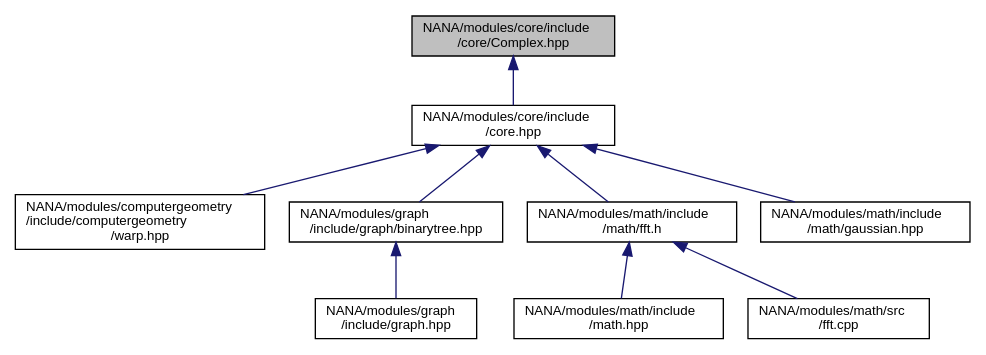
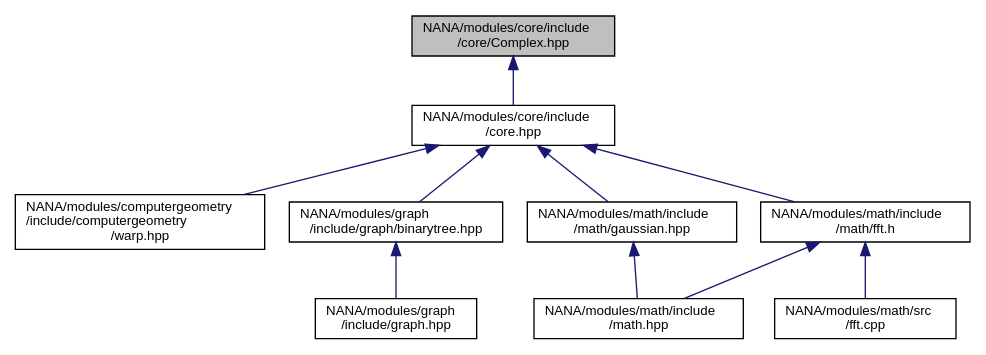
The diagram in docs/_complex_8hpp__dep__incl.dot (YuruTu/NANA), drawn with Graphviz before and after one commit. The commit also changed 80 other files, not shown here.

```diff
--- a/docs/_complex_8hpp__dep__incl.dot
+++ b/docs/_complex_8hpp__dep__incl.dot
@@ -1,23 +1,24 @@
 digraph "NANA/modules/core/include/core/Complex.hpp"
 {
  // LATEX_PDF_SIZE
   edge [fontname="Helvetica",fontsize="10",labelfontname="Helvetica",labelfontsize="10"];
   node [fontname="Helvetica",fontsize="10",shape=record];
   Node1 [label="NANA/modules/core/include\l/core/Complex.hpp",height=0.2,width=0.4,color="black", fillcolor="grey75", style="filled", fontcolor="black",tooltip="实现复数"];
   Node1 -> Node2 [dir="back",color="midnightblue",fontsize="10",style="solid",fontname="Helvetica"];
   Node2 [label="NANA/modules/core/include\l/core.hpp",height=0.2,width=0.4,color="black", fillcolor="white", style="filled",URL="$core_8hpp.html",tooltip="包含基本的数据结构等"];
   Node2 -> Node3 [dir="back",color="midnightblue",fontsize="10",style="solid",fontname="Helvetica"];
   Node3 [label="NANA/modules/computergeometry\l/include/computergeometry\l/warp.hpp",height=0.2,width=0.4,color="black", fillcolor="white", style="filled",URL="$warp_8hpp.html",tooltip="实现点集的仿射变换和透视变换"];
   Node2 -> Node4 [dir="back",color="midnightblue",fontsize="10",style="solid",fontname="Helvetica"];
   Node4 [label="NANA/modules/graph\l/include/graph/binarytree.hpp",height=0.2,width=0.4,color="black", fillcolor="white", style="filled",URL="$binarytree_8hpp.html",tooltip="实现二叉树的模板"];
   Node4 -> Node5 [dir="back",color="midnightblue",fontsize="10",style="solid",fontname="Helvetica"];
   Node5 [label="NANA/modules/graph\l/include/graph.hpp",height=0.2,width=0.4,color="black", fillcolor="white", style="filled",URL="$graph_8hpp.html",tooltip="实现图论相关算法"];
   Node2 -> Node6 [dir="back",color="midnightblue",fontsize="10",style="solid",fontname="Helvetica"];
   Node6 [label="NANA/modules/math/include\l/math/fft.h",height=0.2,width=0.4,color="black", fillcolor="white", style="filled",URL="$fft_8h_source.html",tooltip=" "];
   Node6 -> Node7 [dir="back",color="midnightblue",fontsize="10",style="solid",fontname="Helvetica"];
   Node7 [label="NANA/modules/math/include\l/math.hpp",height=0.2,width=0.4,color="black", fillcolor="white", style="filled",URL="$math_8hpp.html",tooltip="实现基本的数学运算"];
   Node6 -> Node8 [dir="back",color="midnightblue",fontsize="10",style="solid",fontname="Helvetica"];
   Node8 [label="NANA/modules/math/src\l/fft.cpp",height=0.2,width=0.4,color="black", fillcolor="white", style="filled",URL="$fft_8cpp_source.html",tooltip=" "];
   Node2 -> Node9 [dir="back",color="midnightblue",fontsize="10",style="solid",fontname="Helvetica"];
   Node9 [label="NANA/modules/math/include\l/math/gaussian.hpp",height=0.2,width=0.4,color="black", fillcolor="white", style="filled",URL="$gaussian_8hpp.html",tooltip="实现高斯相关的算法"];
+  Node9 -> Node7 [dir="back",color="midnightblue",fontsize="10",style="solid",fontname="Helvetica"];
 }
```
